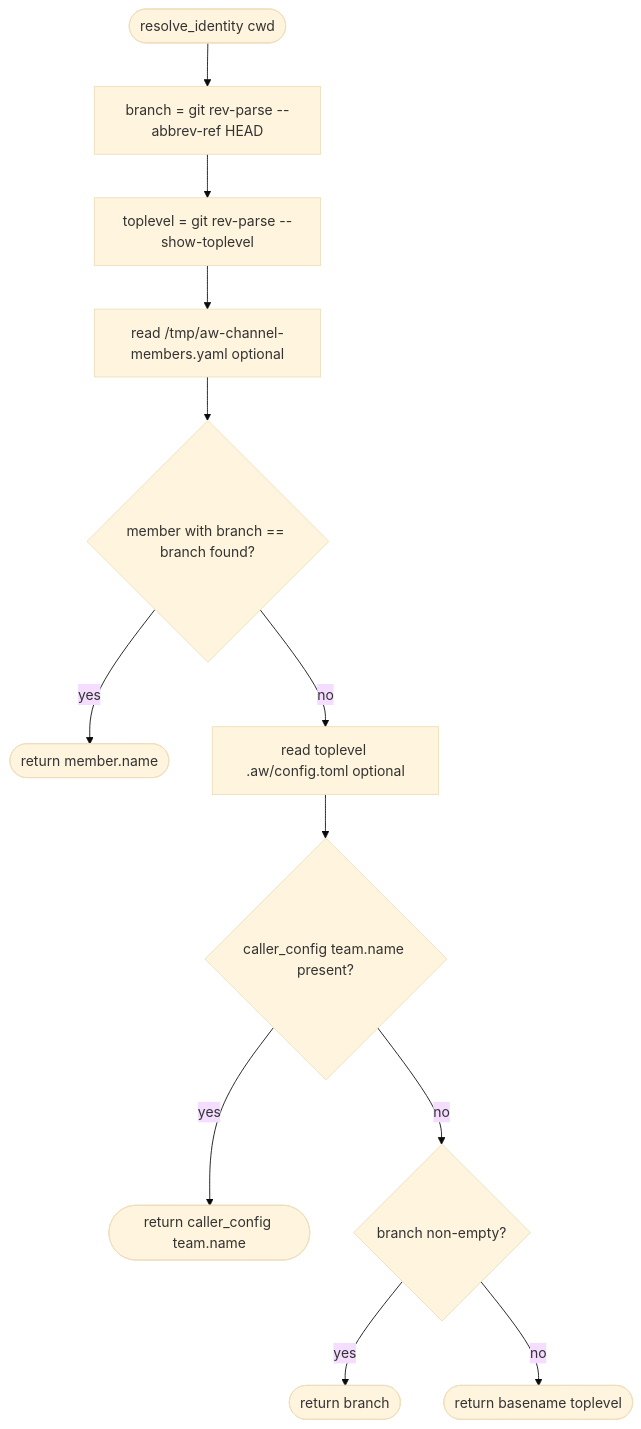
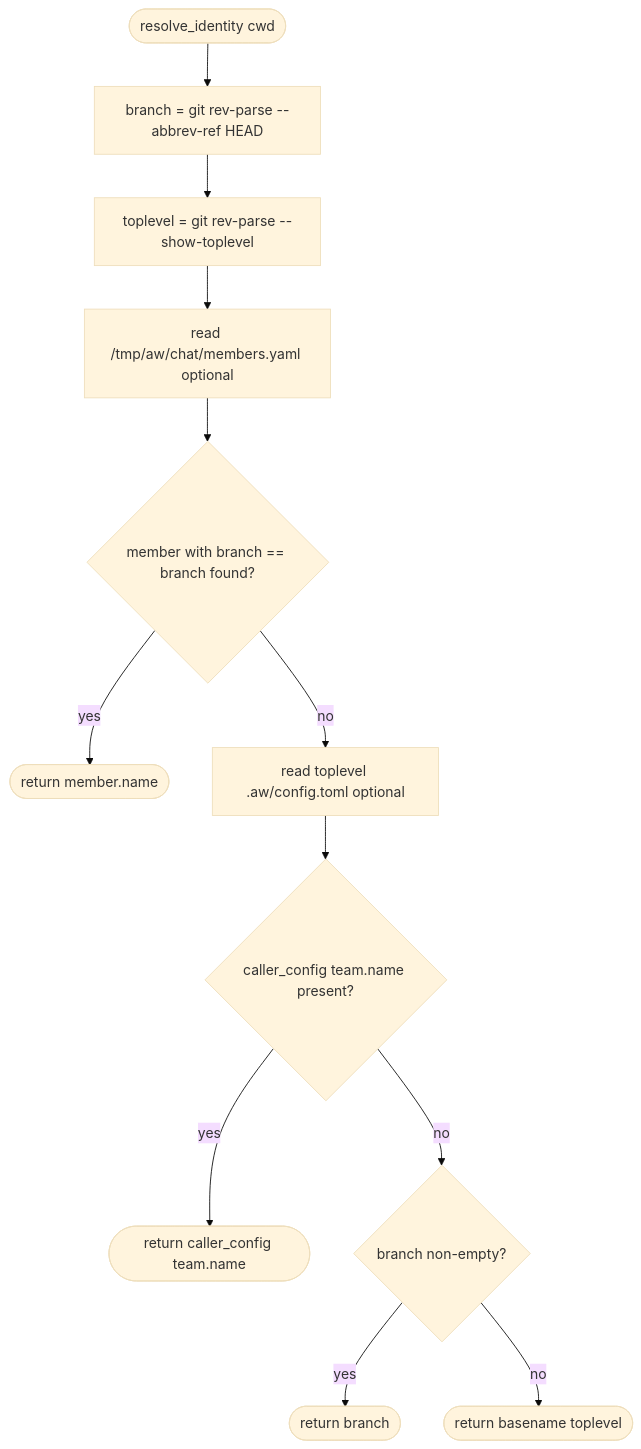
One commit to chrischeng-c4/axiom changed the diagram in projects/agentic-workflow/tech-design/surface/specs/score-chat-cli-contract.md. Above: the diagram before and after it, drawn with Mermaid (base theme). The commit also changed other lines of this file and 124 other files, not shown here.

````diff
--- a/projects/agentic-workflow/tech-design/surface/specs/score-chat-cli-contract.md
+++ b/projects/agentic-workflow/tech-design/surface/specs/score-chat-cli-contract.md
@@ -114,43 +114,43 @@
 ```mermaid
 ---
 id: identity_resolution_chain
 entry: start
 nodes:
   start: { kind: start, label: "resolve_identity(cwd)" }
   detect_branch: { kind: process, label: "branch = git rev-parse --abbrev-ref HEAD (from cwd)" }
   detect_toplevel: { kind: process, label: "toplevel = git rev-parse --show-toplevel (from cwd)" }
-  read_members: { kind: process, label: "read /tmp/aw-channel-members.yaml (optional)" }
+  read_members: { kind: process, label: "read /tmp/aw/chat/members.yaml (optional)" }
   lookup_by_branch: { kind: decision, label: "member with branch == branch found?" }
   emit_member_name: { kind: terminal, label: "return member.name" }
   read_caller_config: { kind: process, label: "read {toplevel}/.aw/config.toml (optional)" }
   check_team_name: { kind: decision, label: "caller_config[team].name present?" }
   emit_team_name: { kind: terminal, label: "return caller_config[team].name" }
   check_branch_empty: { kind: decision, label: "branch non-empty?" }
   emit_branch: { kind: terminal, label: "return branch" }
   emit_basename: { kind: terminal, label: "return basename(toplevel)" }
 edges:
   - { from: start, to: detect_branch }
   - { from: detect_branch, to: detect_toplevel }
   - { from: detect_toplevel, to: read_members }
   - { from: read_members, to: lookup_by_branch }
   - { from: lookup_by_branch, to: emit_member_name, label: "yes" }
   - { from: lookup_by_branch, to: read_caller_config, label: "no" }
   - { from: read_caller_config, to: check_team_name }
   - { from: check_team_name, to: emit_team_name, label: "yes" }
   - { from: check_team_name, to: check_branch_empty, label: "no" }
   - { from: check_branch_empty, to: emit_branch, label: "yes" }
   - { from: check_branch_empty, to: emit_basename, label: "no" }
 ---
 flowchart TD
     start([resolve_identity cwd]) --> detect_branch[branch = git rev-parse --abbrev-ref HEAD]
     detect_branch --> detect_toplevel[toplevel = git rev-parse --show-toplevel]
-    detect_toplevel --> read_members[read /tmp/aw-channel-members.yaml optional]
+    detect_toplevel --> read_members[read /tmp/aw/chat/members.yaml optional]
     read_members --> lookup_by_branch{member with branch == branch found?}
     lookup_by_branch -->|yes| emit_member_name([return member.name])
     lookup_by_branch -->|no| read_caller_config[read toplevel .aw/config.toml optional]
     read_caller_config --> check_team_name{caller_config team.name present?}
     check_team_name -->|yes| emit_team_name([return caller_config team.name])
     check_team_name -->|no| check_branch_empty{branch non-empty?}
     check_branch_empty -->|yes| emit_branch([return branch])
     check_branch_empty -->|no| emit_basename([return basename toplevel])
 ```
````
